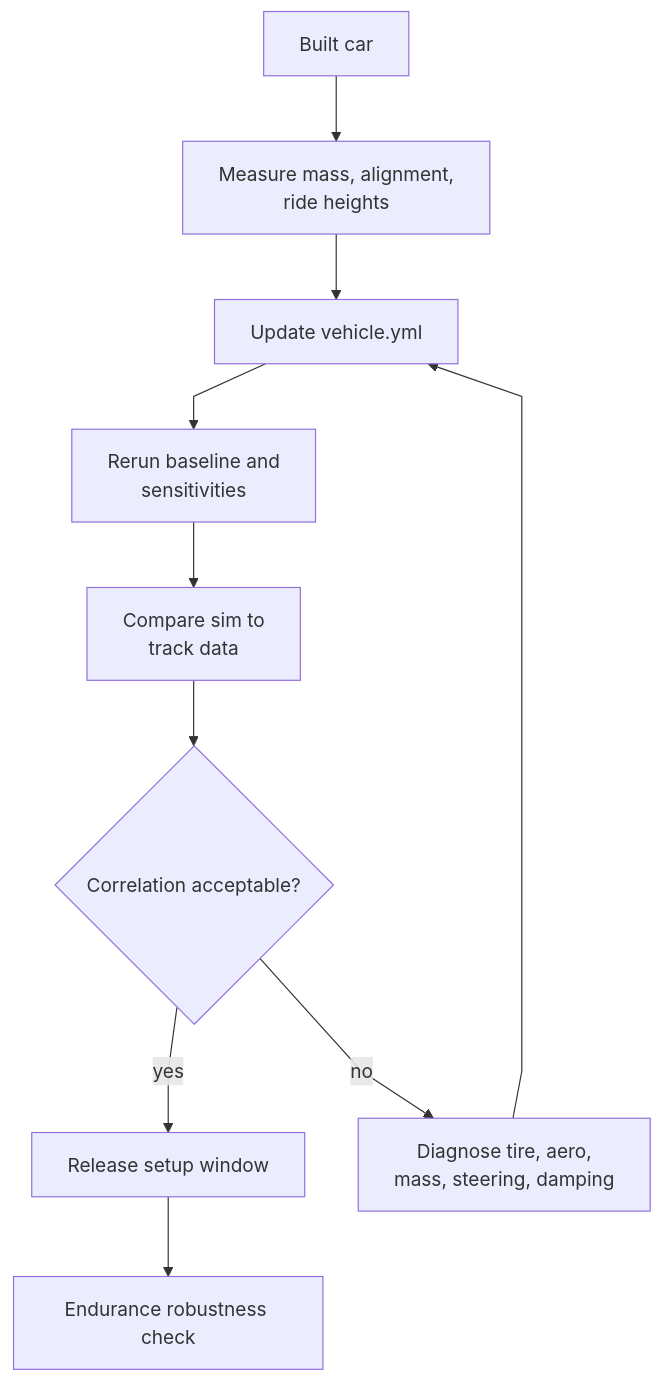
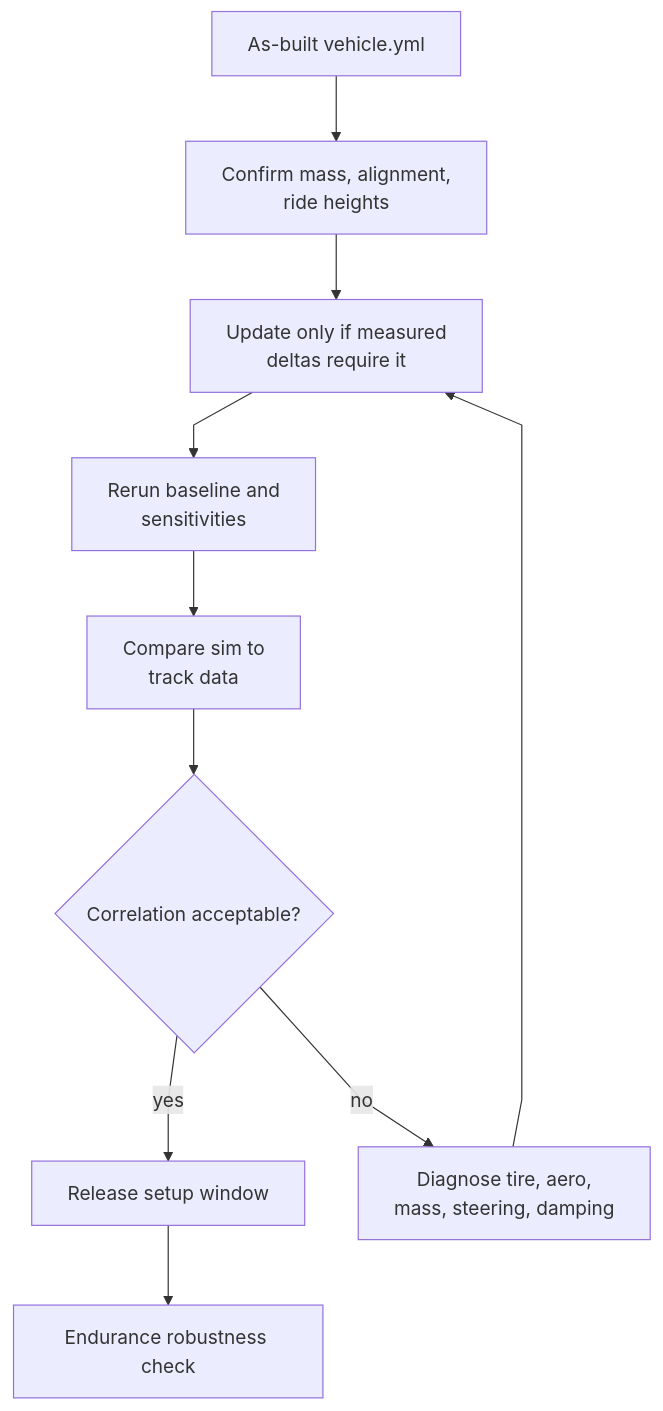
Before and after one commit to LonghornRacingElectric/lhre-simulation: the eighth of 9 diagrams in reports/DS-009-fsae-design-notebook.md, drawn with Mermaid. The commit also changed other lines of this file and 8 other files, not shown here.

````diff
--- a/reports/DS-009-fsae-design-notebook.md
+++ b/reports/DS-009-fsae-design-notebook.md
@@ -523,13 +528,13 @@
 ```mermaid
 %%{init: {"flowchart": {"curve": "linear", "nodeSpacing": 45, "rankSpacing": 55}} }%%
 flowchart TB
-  Build["Built car"] --> Measure["Measure mass, alignment,<br/>ride heights"]
-  Measure --> Update["Update vehicle.yml"]
+  Build["As-built vehicle.yml"] --> Confirm["Confirm mass, alignment,<br/>ride heights"]
+  Confirm --> Update["Update only if measured<br/>deltas require it"]
   Update --> Rerun["Rerun baseline and<br/>sensitivities"]
   Rerun --> Compare["Compare sim to<br/>track data"]
   Compare --> Decision{"Correlation acceptable?"}
   Decision -->|yes| Setup["Release setup window"]
   Decision -->|no| Diagnose["Diagnose tire, aero,<br/>mass, steering, damping"]
   Diagnose --> Update
   Setup --> Endurance["Endurance robustness check"]
 ```
````
